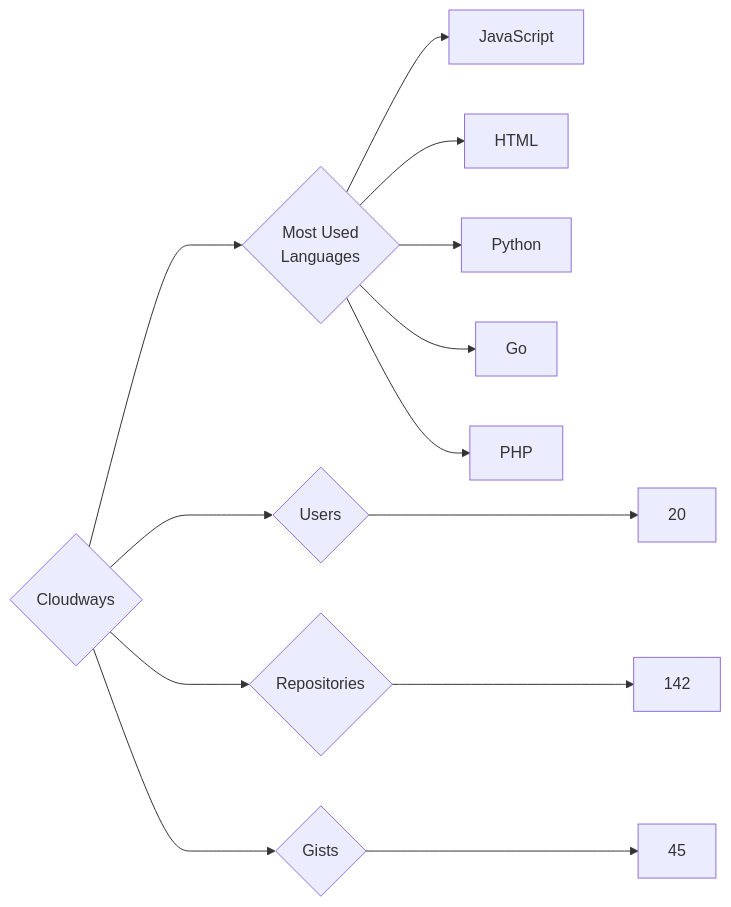
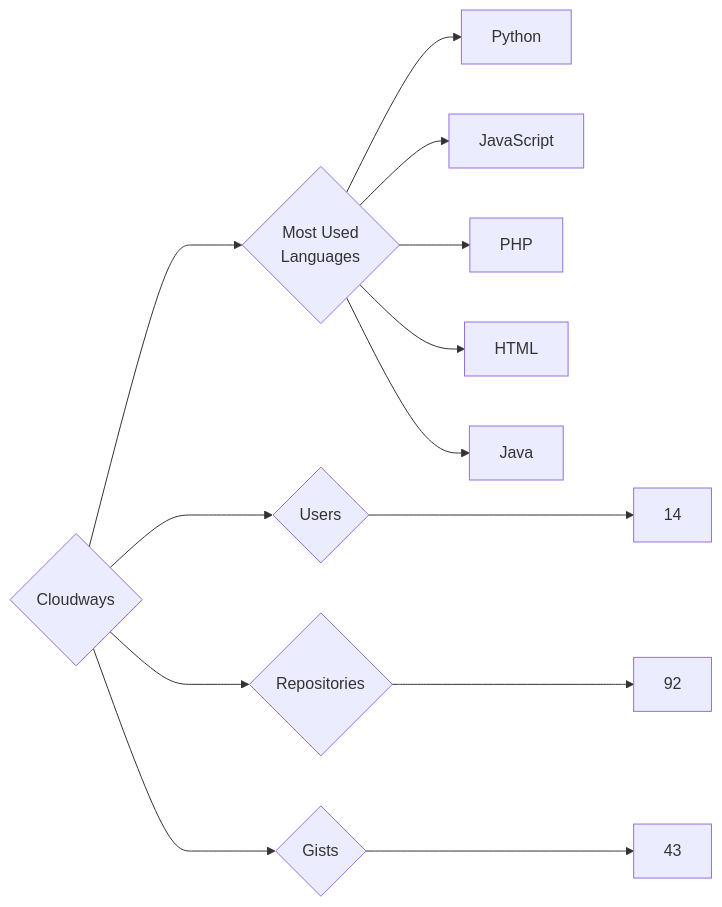
One commit to trickest/insiders changed the diagram in targets/Cloudways/README.md. Above: the diagram before and after it, drawn with Mermaid. The commit also changed 998 other files, not shown here.

````diff
--- a/targets/Cloudways/README.md
+++ b/targets/Cloudways/README.md
@@ -3,13 +3,13 @@
 ```mermaid
 graph LR
 COMPANY_NAME{Cloudways}
-COMPANY_NAME ---> U{Users} ---> UN[20]
-COMPANY_NAME ---> R{Repositories} ---> RN[142]
-COMPANY_NAME ---> G{Gists} ---> GN[45]
+COMPANY_NAME ---> U{Users} ---> UN[14]
+COMPANY_NAME ---> R{Repositories} ---> RN[92]
+COMPANY_NAME ---> G{Gists} ---> GN[43]
 COMPANY_NAME ---> ML{Most Used<br>Languages}
+ML --> Python[Python]
 ML --> JavaScript[JavaScript]
+ML --> PHP[PHP]
 ML --> HTML[HTML]
-ML --> Python[Python]
-ML --> Go[Go]
-ML --> PHP[PHP]
+ML --> Java[Java]
 ```
````
